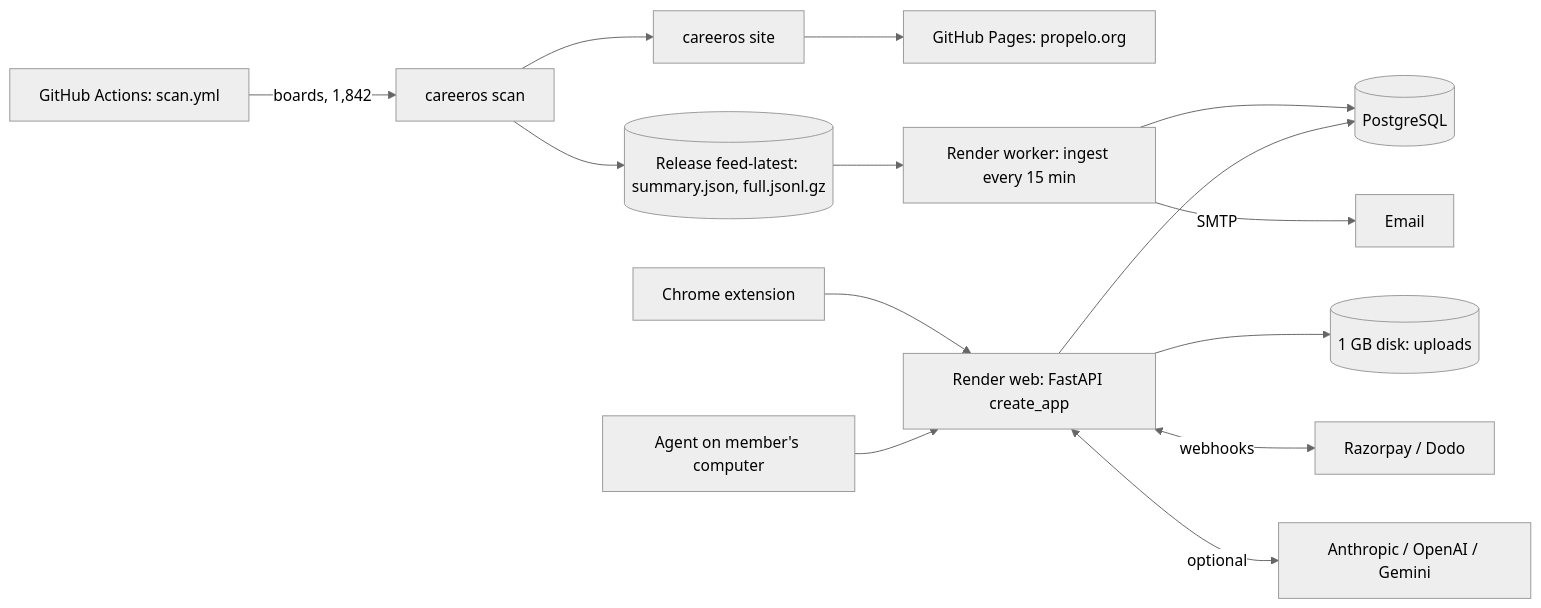
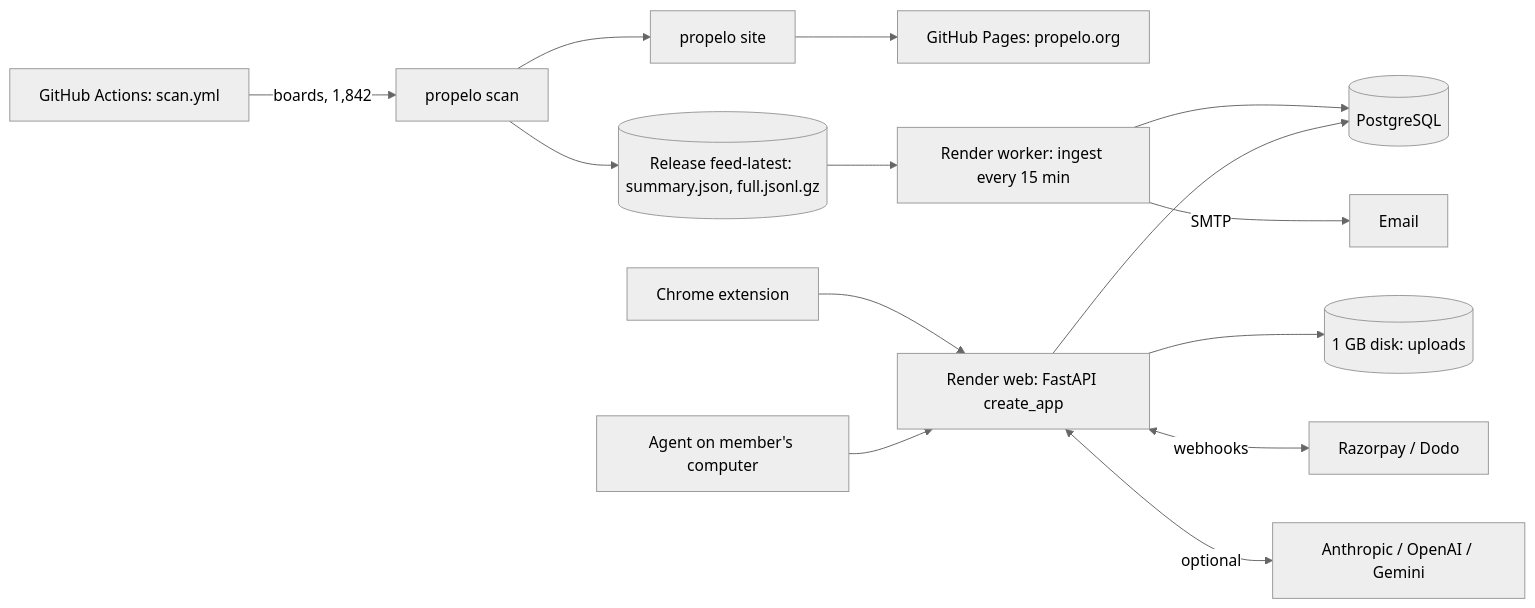
One commit to VishStack01/Propelo changed the diagram in docs/product/08-architecture.md. Above: the diagram before and after it, drawn with Mermaid (neutral theme). The commit also changed other lines of this file and 310 other files, not shown here.

First line of the commit message:
2.16.0: Propelo everywhere people can see it; design fixes across the site and app

````diff
--- a/docs/product/08-architecture.md
+++ b/docs/product/08-architecture.md
@@ -3,14 +3,14 @@
 ```mermaid
 flowchart LR
-  GH[GitHub Actions: scan.yml] -->|boards, 1,842| SC[careeros scan] --> REL[(Release feed-latest: summary.json, full.jsonl.gz)]
-  SC --> SITE[careeros site] --> PAGES[GitHub Pages: propelo.org]
+  GH[GitHub Actions: scan.yml] -->|boards, 1,842| SC[propelo scan] --> REL[(Release feed-latest: summary.json, full.jsonl.gz)]
+  SC --> SITE[propelo site] --> PAGES[GitHub Pages: propelo.org]
   REL --> W[Render worker: ingest every 15 min]
   W --> DB[(PostgreSQL)]
   WEB[Render web: FastAPI create_app] --> DB
   WEB --> DISK[(1 GB disk: uploads)]
   W -->|SMTP| MAIL[Email]
   WEB <-->|webhooks| PAY[Razorpay / Dodo]
   WEB <-->|optional| LLM[Anthropic / OpenAI / Gemini]
   EXT[Chrome extension] --> WEB
   AG[Agent on member's computer] --> WEB
 ```
````
